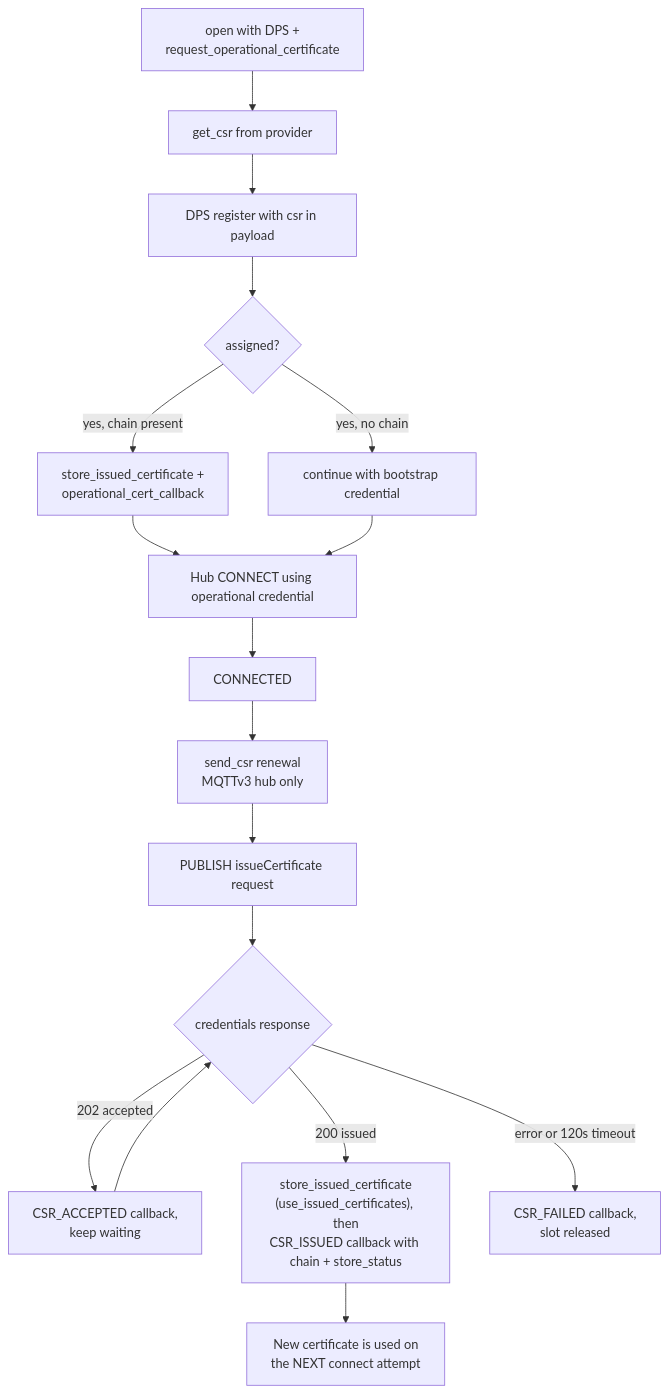
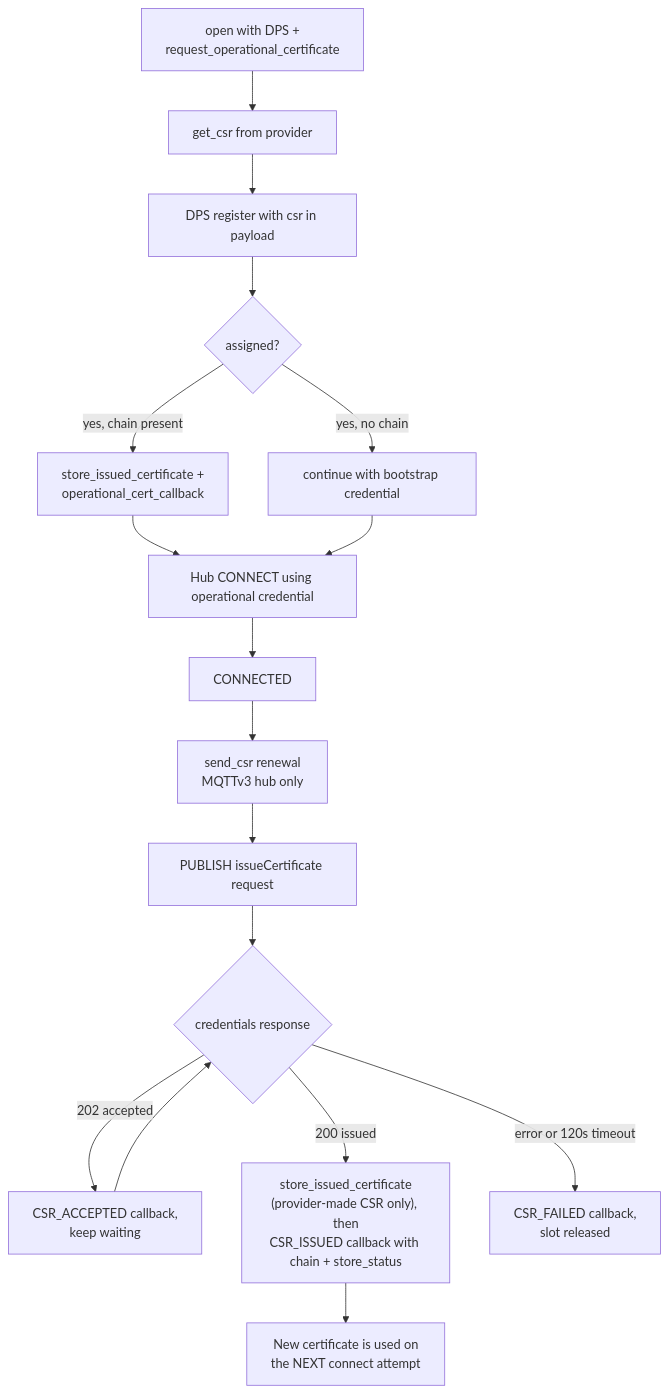
Before and after one commit to Azure/azure-iot-sdk: the sixth of 9 diagrams in c/docs/connection.md, drawn with Mermaid. The commit also changed other lines of this file and 8 other files, not shown here.

````diff
--- a/c/docs/connection.md
+++ b/c/docs/connection.md
@@ -432,20 +432,20 @@
 ```mermaid
 flowchart TD
     A["open with DPS +<br/>request_operational_certificate"] --> B[get_csr from provider]
     B --> C["DPS register with csr in payload"]
     C --> D{assigned?}
     D -->|"yes, chain present"| E["store_issued_certificate +<br/>operational_cert_callback"]
     D -->|"yes, no chain"| F["continue with bootstrap credential"]
     E --> G["Hub CONNECT using operational credential"]
     F --> G
 
     G --> H[CONNECTED]
     H --> I["send_csr renewal<br/>MQTTv3 hub only"]
     I --> J["PUBLISH issueCertificate request"]
     J --> K{credentials response}
     K -->|202 accepted| L["CSR_ACCEPTED callback,<br/>keep waiting"]
     L --> K
-    K -->|200 issued| M["store_issued_certificate<br/>(use_issued_certificates), then<br/>CSR_ISSUED callback with chain + store_status"]
+    K -->|200 issued| M["store_issued_certificate<br/>(provider-made CSR only), then<br/>CSR_ISSUED callback with chain + store_status"]
     K -->|"error or 120s timeout"| N["CSR_FAILED callback,<br/>slot released"]
     M --> O["New certificate is used on<br/>the NEXT connect attempt"]
 ```
````
